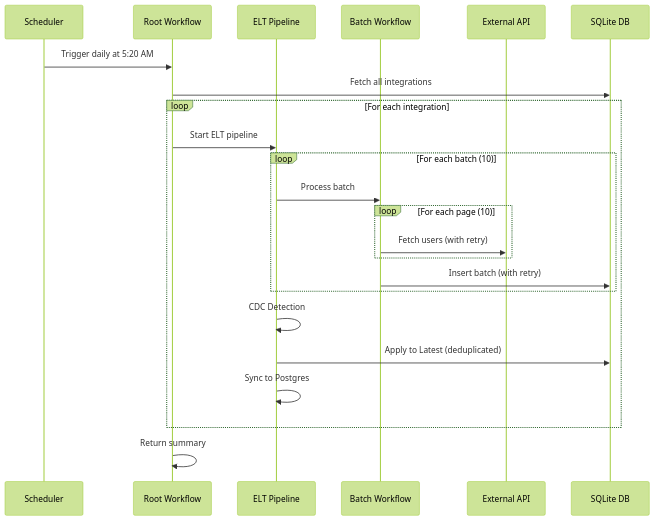
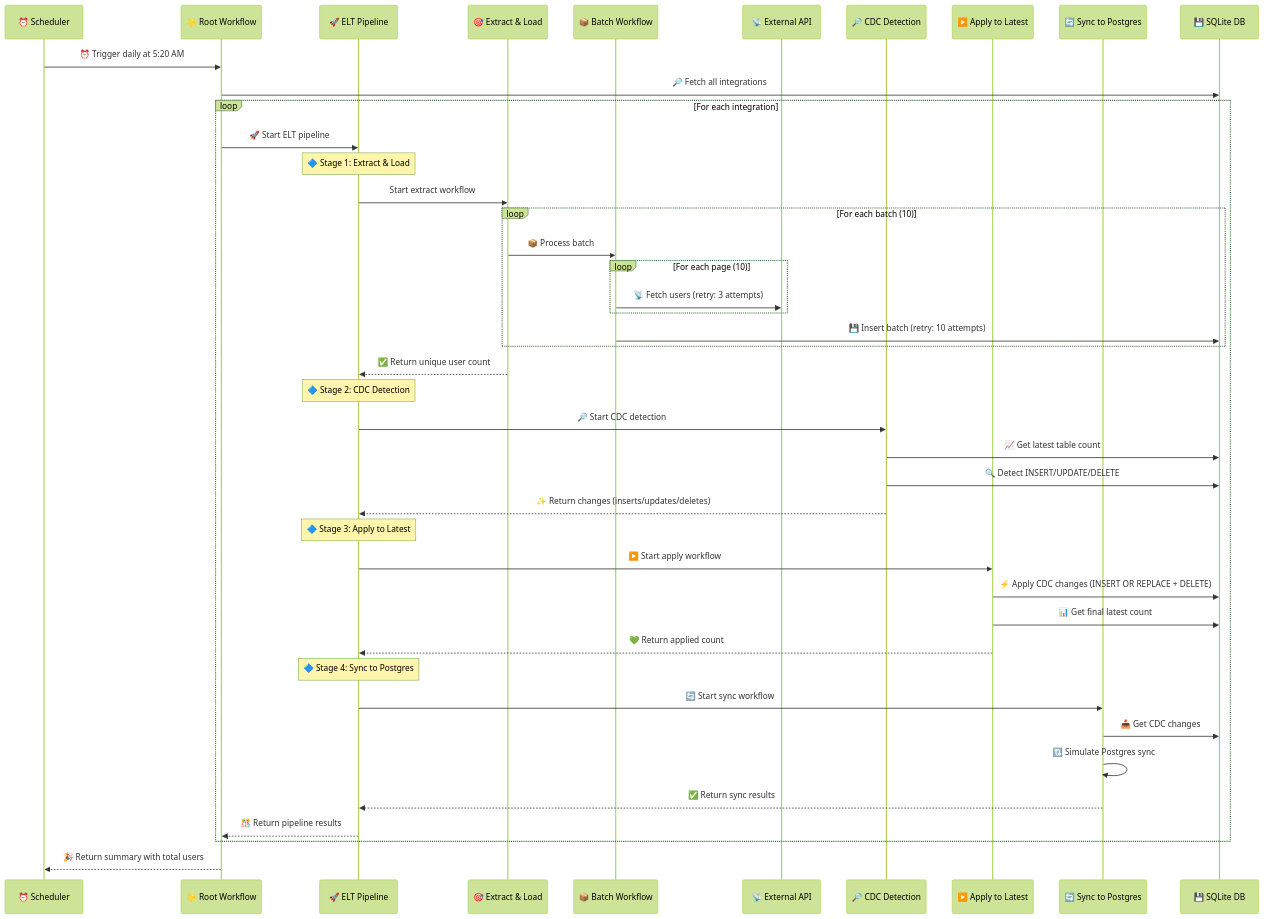
One commit to ricleal/dbos_experiments changed the third of 3 diagrams in exp17/ARCHITECTURE.md. Above: the diagram before and after it, drawn with Mermaid (forest theme). The commit also changed other lines of this file, not shown here.

````diff
--- a/exp17/ARCHITECTURE.md
+++ b/exp17/ARCHITECTURE.md
@@ -396,26 +447,51 @@
 ```mermaid
 sequenceDiagram
-    participant S as Scheduler
-    participant R as Root Workflow
-    participant E as ELT Pipeline
-    participant B as Batch Workflow
-    participant API as External API
-    participant DB as SQLite DB
+    participant S as ⏰ Scheduler
+    participant R as 🌟 Root Workflow
+    participant E as 🚀 ELT Pipeline
+    participant Extract as 🎯 Extract & Load
+    participant B as 📦 Batch Workflow
+    participant API as 📡 External API
+    participant CDC as 🔎 CDC Detection
+    participant Apply as ▶️ Apply to Latest
+    participant Sync as 🔄 Sync to Postgres
+    participant DB as 💾 SQLite DB
     
-    S->>R: Trigger daily at 5:20 AM
-    R->>DB: Fetch all integrations
+    S->>R: ⏰ Trigger daily at 5:20 AM
+    R->>DB: 🔎 Fetch all integrations
     loop For each integration
-        R->>E: Start ELT pipeline
+        R->>E: 🚀 Start ELT pipeline
+        
+        Note over E: 🔷 Stage 1: Extract & Load
+        E->>Extract: Start extract workflow
         loop For each batch (10)
-            E->>B: Process batch
+            Extract->>B: 📦 Process batch
             loop For each page (10)
-                B->>API: Fetch users (with retry)
+                B->>API: 📡 Fetch users (retry: 3 attempts)
             end
-            B->>DB: Insert batch (with retry)
+            B->>DB: 💾 Insert batch (retry: 10 attempts)
         end
-        E->>E: CDC Detection
-        E->>DB: Apply to Latest (deduplicated)
-        E->>E: Sync to Postgres
+        Extract-->>E: ✅ Return unique user count
+        
+        Note over E: 🔷 Stage 2: CDC Detection
+        E->>CDC: 🔎 Start CDC detection
+        CDC->>DB: 📈 Get latest table count
+        CDC->>DB: 🔍 Detect INSERT/UPDATE/DELETE
+        CDC-->>E: ✨ Return changes (inserts/updates/deletes)
+        
+        Note over E: 🔷 Stage 3: Apply to Latest
+        E->>Apply: ▶️ Start apply workflow
+        Apply->>DB: ⚡ Apply CDC changes (INSERT OR REPLACE + DELETE)
+        Apply->>DB: 📊 Get final latest count
+        Apply-->>E: 💚 Return applied count
+        
+        Note over E: 🔷 Stage 4: Sync to Postgres
+        E->>Sync: 🔄 Start sync workflow
+        Sync->>DB: 📥 Get CDC changes
+        Sync->>Sync: 🔃 Simulate Postgres sync
+        Sync-->>E: ✅ Return sync results
+        
+        E-->>R: 🎊 Return pipeline results
     end
-    R->>R: Return summary
+    R-->>S: 🎉 Return summary with total users
 ```
````
